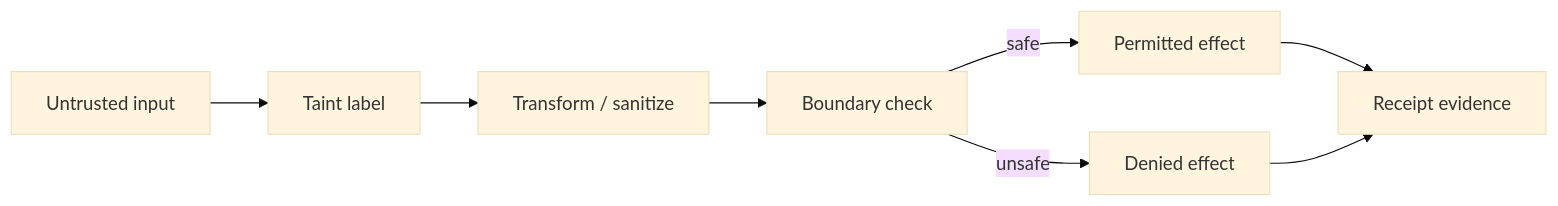
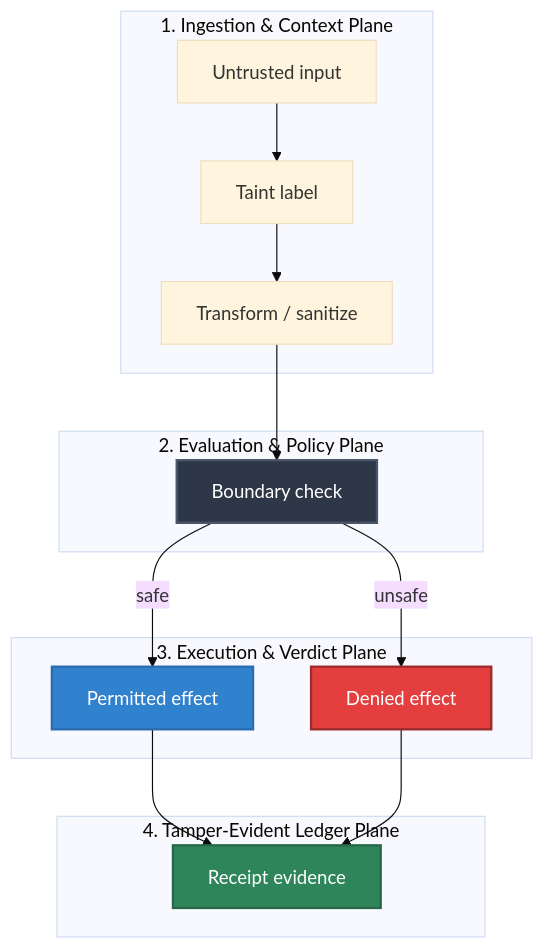
Before and after one commit to Mindburn-Labs/helm-ai-kernel: the diagram in docs/security/clawguard-taint-tracking.md, drawn with Mermaid (base theme). The commit also changed other lines of this file and 330 other files, not shown here.

````diff
--- a/docs/security/clawguard-taint-tracking.md
+++ b/docs/security/clawguard-taint-tracking.md
@@ -78,10 +78,36 @@
 ```mermaid
-flowchart LR
-  input["Untrusted input"] --> taint["Taint label"]
-  taint --> transform["Transform / sanitize"]
-  transform --> check["Boundary check"]
-  check -->|safe| effect["Permitted effect"]
-  check -->|unsafe| deny["Denied effect"]
-  effect --> receipt["Receipt evidence"]
-  deny --> receipt
+flowchart TD
+    subgraph Ingestion["1. Ingestion & Context Plane"]
+        input["Untrusted input"]
+        taint["Taint label"]
+        transform["Transform / sanitize"]
+    end
+
+    subgraph Evaluation["2. Evaluation & Policy Plane"]
+        check["Boundary check"]
+    end
+
+    subgraph Execution["3. Execution & Verdict Plane"]
+        effect["Permitted effect"]
+        deny["Denied effect"]
+    end
+
+    subgraph Ledger["4. Tamper-Evident Ledger Plane"]
+        receipt["Receipt evidence"]
+    end
+
+    %% Operational Flow Edges
+    input --> taint
+    taint --> transform
+    transform --> check
+    check -->|safe| effect
+    check -->|unsafe| deny
+    effect --> receipt
+    deny --> receipt
+
+    %% Premium Styling Rules
+    style check fill:#2d3748,stroke:#4a5568,stroke-width:2px,color:#fff
+    style effect fill:#3182ce,stroke:#2b6cb0,stroke-width:2px,color:#fff
+    style deny fill:#e53e3e,stroke:#9b2c2c,stroke-width:2px,color:#fff
+    style receipt fill:#2f855a,stroke:#276749,stroke-width:2px,color:#fff
 ```
````
